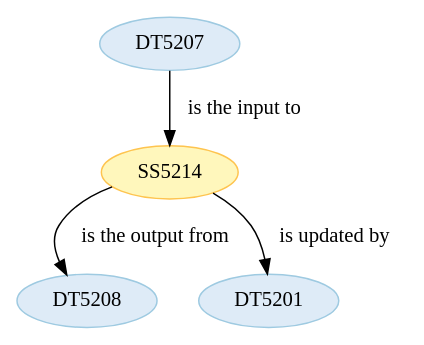
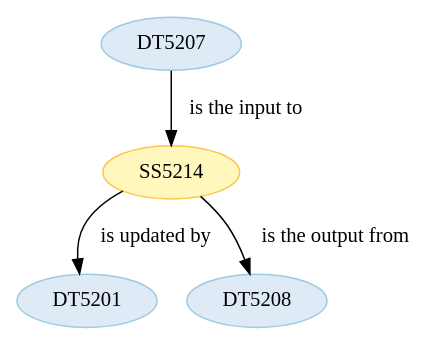
The diagram in wf5201/ST520114.dot (Marco-Salvi/cwl-test), drawn with Graphviz before and after one commit. The commit also changed other lines of this file and 15 other files, not shown here.

```diff
--- a/wf5201/ST520114.dot
+++ b/wf5201/ST520114.dot
@@ -1,18 +1,18 @@
 strict digraph {
 
-
-	"DT5208" [ color="2", colorscheme="blues3", fillcolor="1", style="filled",  weight=0 ];
-
-	"SS5214" [ color="2", colorscheme="ylorbr3", fillcolor="1", style="filled",  weight=0 ];
-
-	"SS5214" -> "DT5201" [ label="is updated by", labeltooltip="DT5201 - is updated by - SS5214",  weight=0 ];
-
-	"SS5214" -> "DT5208" [ label="is the output from", labeltooltip="DT5208 - is the output from - SS5214",  weight=0 ];
 
 	"DT5201" [ color="2", colorscheme="blues3", fillcolor="1", style="filled",  weight=0 ];
 
 	"DT5207" [ color="2", colorscheme="blues3", fillcolor="1", style="filled",  weight=0 ];
 
 	"DT5207" -> "SS5214" [ label="is the input to", labeltooltip="DT5207 - is the input to - SS5214",  weight=0 ];
 
+	"DT5208" [ color="2", colorscheme="blues3", fillcolor="1", style="filled",  weight=0 ];
+
+	"SS5214" [ color="2", colorscheme="ylorbr3", fillcolor="1", style="filled",  weight=0 ];
+
+	"SS5214" -> "DT5208" [ label="is the output from", labeltooltip="DT5208 - is the output from - SS5214",  weight=0 ];
+
+	"SS5214" -> "DT5201" [ label="is updated by", labeltooltip="DT5201 - is updated by - SS5214",  weight=0 ];
+
 }
```
